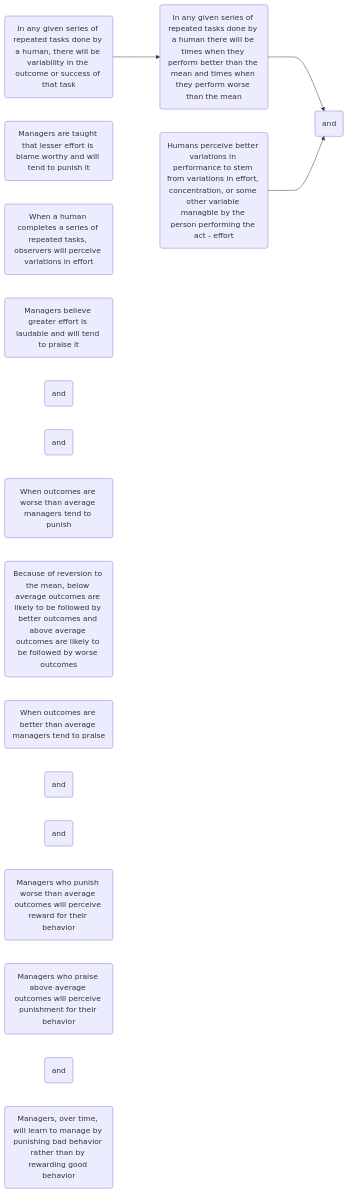
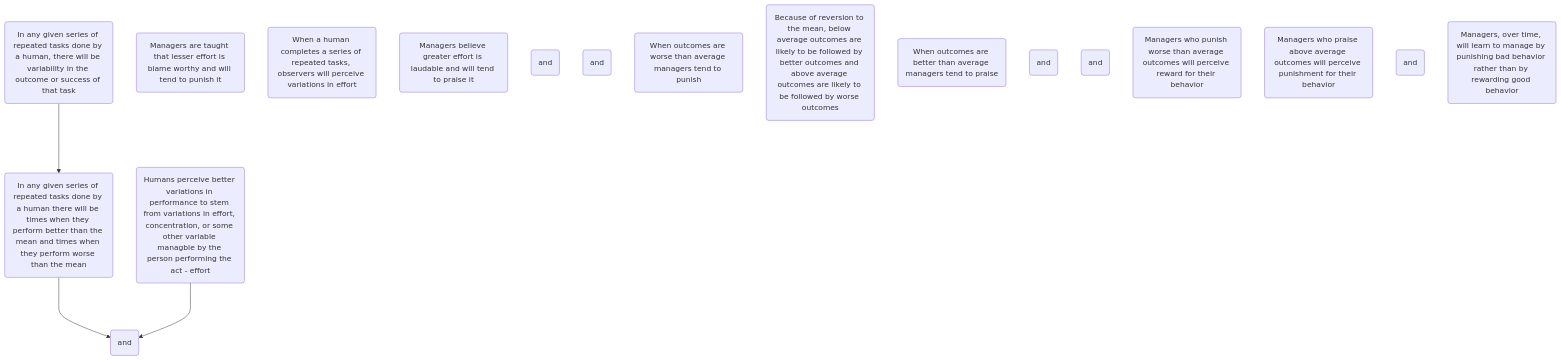
The diagram in Why_Managers_Learn_To_Manage_Negatively.md (hwetsman/TOC_Trees), drawn with Mermaid before and after one commit.

Commit message:
Refactor: change to TB

`````diff
--- a/Why_Managers_Learn_To_Manage_Negatively.md
+++ b/Why_Managers_Learn_To_Manage_Negatively.md
@@ -1,26 +1,26 @@
 ```mermaid
-flowchart LR
+flowchart TB
 
 human_variability(In any given series of repeated tasks done by a human, there will be variability in the outcome or success of that task)
 above_and_below(In any given series of repeated tasks done by a human there will be times when they perform better than the mean and times when they perform worse than the mean)
   human_variability--->above_and_below
 human_perception(Humans perceive better variations in performance to stem from variations in effort, concentration, or some other variable managble by the person performing the act - effort)
   and1(and)
   above_and_below--->and1
   human_perception--->and1
   lesser_effort(Managers are taught that lesser effort is blame worthy and will tend to punish it)
   observer_perception(When a human completes a series of repeated tasks, observers will perceive variations in effort)
   managers_belief(Managers believe greater effort is laudable and will tend to praise it)
     and2(and)
     and3(and)
     worse_outcomes(When outcomes are worse than average managers tend to punish)
     reversion(Because of reversion to the mean, below average outcomes are likely to be followed by better outcomes and above average outcomes are likely to be followed by worse outcomes)
     better_outcomes(When outcomes are better than average managers tend to praise)
       and4(and)
       and5(and)
       managers_punish(Managers who punish worse than average outcomes will perceive reward for their behavior)
       managers_praise(Managers who praise above average outcomes will perceive punishment for their behavior)
         and6(and)
         managers_over_time(Managers, over time, will learn to manage by punishing bad behavior rather than by rewarding good behavior)
 
 ````
`````
